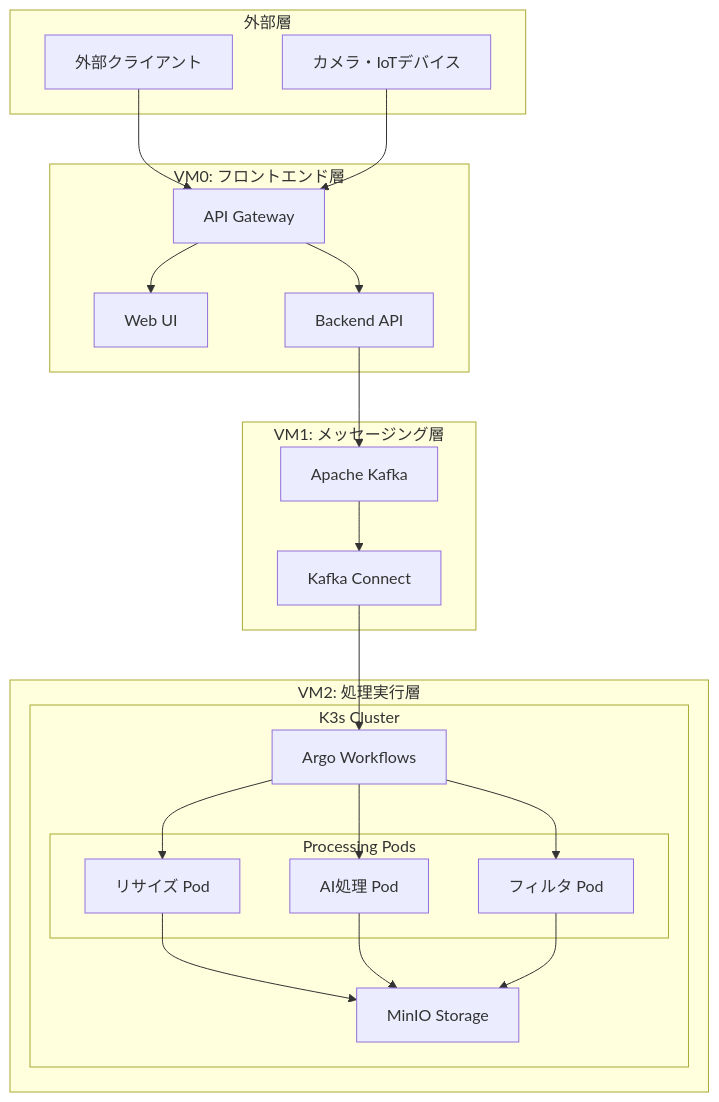
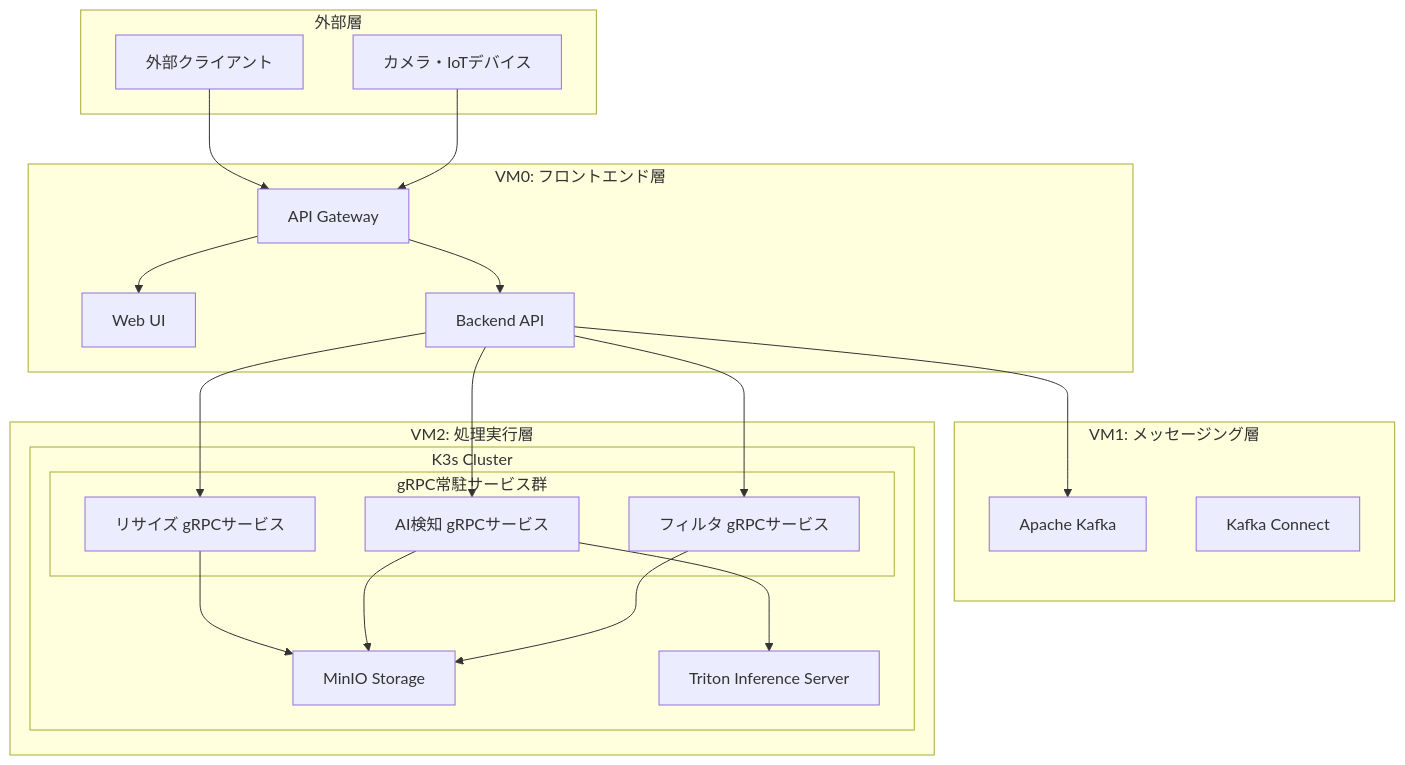
The diagram in docs/0300_設計_アプローチ1/0301_システム基本設計.md (daichiTAAA/ImageFlowCanvas), drawn with Mermaid before and after one commit. The commit also changed other lines of this file and 5 other files, not shown here.

````diff
--- a/docs/0300_設計_アプローチ1/0301_システム基本設計.md
+++ b/docs/0300_設計_アプローチ1/0301_システム基本設計.md
@@ -19,44 +19,43 @@
 ```mermaid
 graph TB
     subgraph "外部層"
         Client[外部クライアント]
         Camera[カメラ・IoTデバイス]
     end
     
     subgraph "VM0: フロントエンド層"
         Gateway[API Gateway]
         WebUI[Web UI]
         Backend[Backend API]
     end
     
     subgraph "VM1: メッセージング層"
         Kafka[Apache Kafka]
         Connect[Kafka Connect]
     end
     
     subgraph "VM2: 処理実行層"
         subgraph "K3s Cluster"
-            Argo[Argo Workflows]
             MinIO[MinIO Storage]
-            subgraph "Processing Pods"
-                Resize[リサイズ Pod]
-                AI[AI処理 Pod]
-                Filter[フィルタ Pod]
+            subgraph "gRPC常駐サービス群"
+                ResizeService[リサイズ gRPCサービス]
+                AIService[AI検知 gRPCサービス]
+                FilterService[フィルタ gRPCサービス]
             end
+            TritonServer[Triton Inference Server]
         end
     end
     
     Client --> Gateway
     Camera --> Gateway
     Gateway --> Backend
     Gateway --> WebUI
+    Backend --> ResizeService
+    Backend --> AIService
+    Backend --> FilterService
     Backend --> Kafka
-    Kafka --> Connect
-    Connect --> Argo
-    Argo --> Resize
-    Argo --> AI
-    Argo --> Filter
-    Resize --> MinIO
-    AI --> MinIO
-    Filter --> MinIO
+    ResizeService --> MinIO
+    AIService --> MinIO
+    FilterService --> MinIO
+    AIService --> TritonServer
 ```
````
